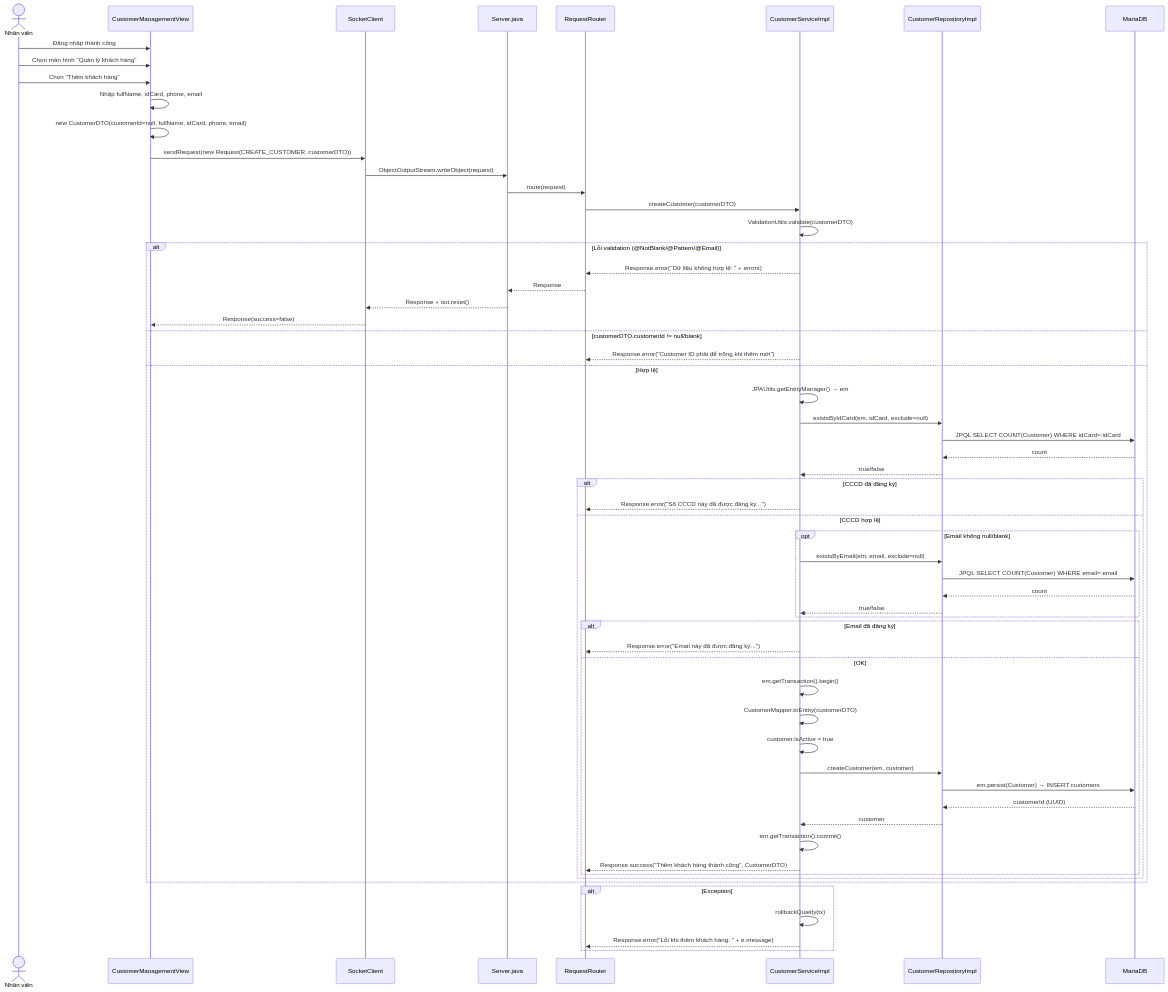
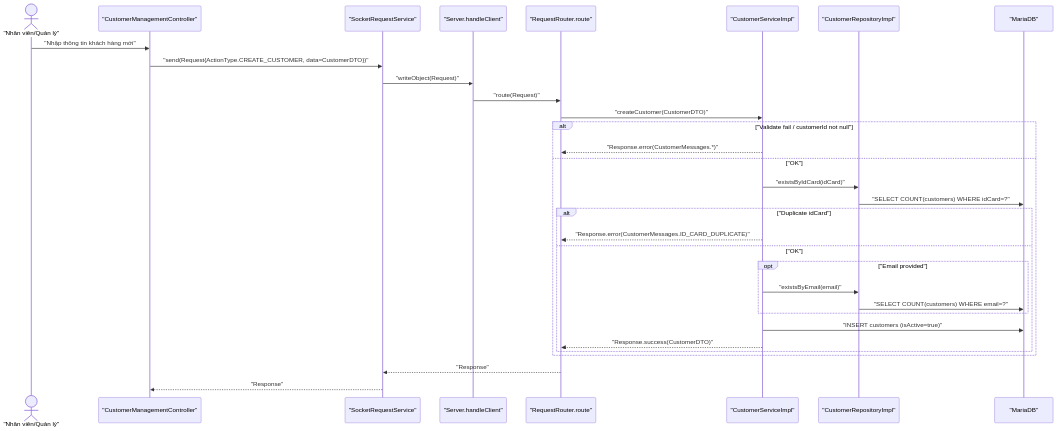
Before and after one commit to Distributed-Programing-Project/railway-reservation-system-server: the diagram in docs/diagrams/sequence/uc004-them-khach-hang.md, drawn with Mermaid. The commit also changed other lines of this file and 23 other files, not shown here.

````diff
--- a/docs/diagrams/sequence/uc004-them-khach-hang.md
+++ b/docs/diagrams/sequence/uc004-them-khach-hang.md
@@ -52,66 +3,35 @@
 ```mermaid
 sequenceDiagram
-    actor Clerk as Nhân viên
-    participant UI as CustomerManagementView
-    participant Socket as SocketClient
-    participant Server as Server.java
-    participant Router as RequestRouter
-    participant Service as CustomerServiceImpl
-    participant Repo as CustomerRepositoryImpl
-    participant DB as MariaDB
+  actor User as "Nhân viên/Quản lý"
+  participant UI as "CustomerManagementController"
+  participant Socket as "SocketRequestService"
+  participant Server as "Server.handleClient"
+  participant Router as "RequestRouter.route"
+  participant Svc as "CustomerServiceImpl"
+  participant Repo as "CustomerRepositoryImpl"
+  participant DB as "MariaDB"
 
-    Clerk->>UI: Đăng nhập thành công
-    Clerk->>UI: Chọn màn hình "Quản lý khách hàng"
-    Clerk->>UI: Chọn "Thêm khách hàng"
-    UI->>UI: Nhập fullName, idCard, phone, email
-    UI->>UI: new CustomerDTO(customerId=null, fullName, idCard, phone, email)
-    UI->>Socket: sendRequest(new Request(CREATE_CUSTOMER, customerDTO))
-    Socket->>Server: ObjectOutputStream.writeObject(request)
-    Server->>Router: route(request)
-    Router->>Service: createCustomer(customerDTO)
-
-    Service->>Service: ValidationUtils.validate(customerDTO)
-    alt Lỗi validation (@NotBlank/@Pattern/@Email)
-        Service-->>Router: Response.error("Dữ liệu không hợp lệ: " + errors)
-        Router-->>Server: Response
-        Server-->>Socket: Response + out.reset()
-        Socket-->>UI: Response(success=false)
-    else customerDTO.customerId != null/blank
-        Service-->>Router: Response.error("Customer ID phải để trống khi thêm mới")
-    else Hợp lệ
-        Service->>Service: JPAUtils.getEntityManager() → em
-
-        Service->>Repo: existsByIdCard(em, idCard, exclude=null)
-        Repo->>DB: JPQL SELECT COUNT(Customer) WHERE idCard=:idCard
-        DB-->>Repo: count
-        Repo-->>Service: true/false
-        alt CCCD đã đăng ký
-            Service-->>Router: Response.error("Số CCCD này đã được đăng ký...")
-        else CCCD hợp lệ
-            opt Email không null/blank
-                Service->>Repo: existsByEmail(em, email, exclude=null)
-                Repo->>DB: JPQL SELECT COUNT(Customer) WHERE email=:email
-                DB-->>Repo: count
-                Repo-->>Service: true/false
-            end
-            alt Email đã đăng ký
-                Service-->>Router: Response.error("Email này đã được đăng ký...")
-            else OK
-                Service->>Service: em.getTransaction().begin()
-                Service->>Service: CustomerMapper.toEntity(customerDTO)
-                Service->>Service: customer.isActive = true
-                Service->>Repo: createCustomer(em, customer)
-                Repo->>DB: em.persist(Customer) → INSERT customers
-                DB-->>Repo: customerId (UUID)
-                Repo-->>Service: customer
-                Service->>Service: em.getTransaction().commit()
-                Service-->>Router: Response.success("Thêm khách hàng thành công", CustomerDTO)
-            end
-        end
+  User->>UI: "Nhập thông tin khách hàng mới"
+  UI->>Socket: "send(Request{ActionType.CREATE_CUSTOMER, data=CustomerDTO})"
+  Socket->>Server: "writeObject(Request)"
+  Server->>Router: "route(Request)"
+  Router->>Svc: "createCustomer(CustomerDTO)"
+  alt "Validate fail / customerId not null"
+    Svc-->>Router: "Response.error(CustomerMessages.*)"
+  else "OK"
+    Svc->>Repo: "existsByIdCard(idCard)"
+    Repo->>DB: "SELECT COUNT(customers) WHERE idCard=?"
+    alt "Duplicate idCard"
+      Svc-->>Router: "Response.error(CustomerMessages.ID_CARD_DUPLICATE)"
+    else "OK"
+      opt "Email provided"
+        Svc->>Repo: "existsByEmail(email)"
+        Repo->>DB: "SELECT COUNT(customers) WHERE email=?"
+      end
+      Svc->>DB: "INSERT customers (isActive=true)"
+      Svc-->>Router: "Response.success(CustomerDTO)"
     end
-
-    alt Exception
-        Service->>Service: rollbackQuietly(tx)
-        Service-->>Router: Response.error("Lỗi khi thêm khách hàng: " + e.message)
-    end
+  end
+  Router-->>Socket: "Response"
+  Socket-->>UI: "Response"
 ```
````
